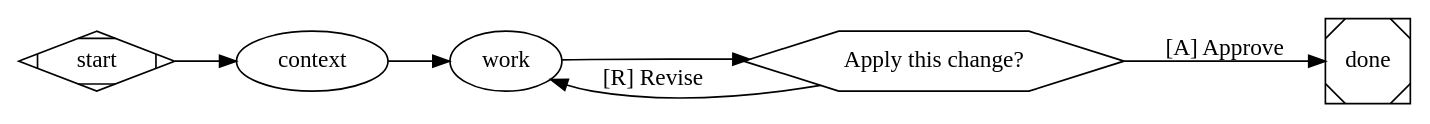
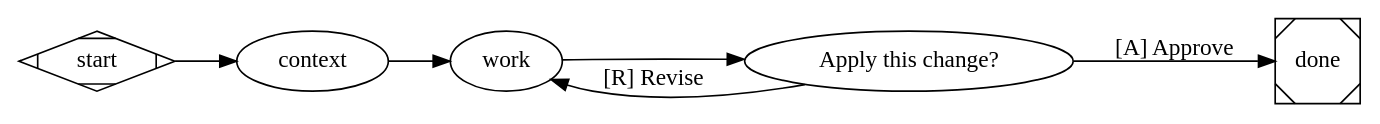
The second of 2 diagrams in README.md (allouis/attractor), drawn with Graphviz before and after one commit. The commit also changed other lines of this file and 1 other file, not shown here.

````diff
--- a/README.md
+++ b/README.md
@@ -84,16 +84,16 @@
 ```dot
 digraph quickstart {
     rankdir = "LR"   // Render left-to-right.
     vars = "task"    // Required. Pass it with -var task="…".
 
     start   [shape=Mdiamond]
     context [type="tool", tool_command="git status --short"]   // A shell command.
-    work    [prompt="You are working in the current Git repository. Task: $context.task. Make the change, keep it small, and summarise it. Do not commit or push."]   // An agent.
-    review  [shape=hexagon, label="Apply this change?"]        // A human gate.
+    work    [type="codergen", prompt="You are working in the current Git repository. Task: $context.task. Make the change, keep it small, and summarise it. Do not commit or push."]   // An agent.
+    review  [type="wait.human", label="Apply this change?"]    // A human gate.
     done    [shape=Msquare]
 
     start -> context -> work -> review
     review -> done [label="[A] Approve"]   // The edge labels become the gate buttons.
     review -> work [label="[R] Revise"]
 }
 ```
````
